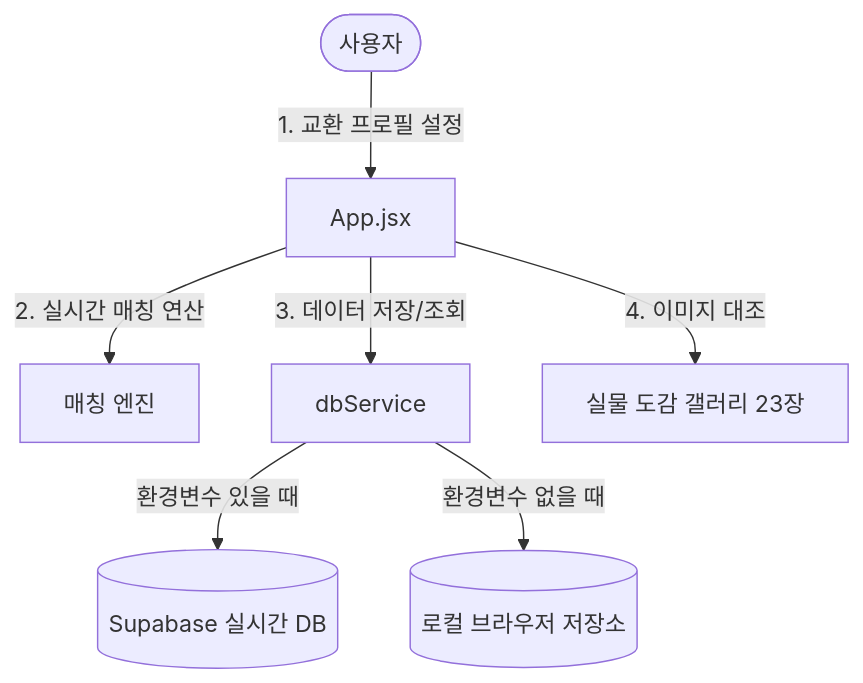
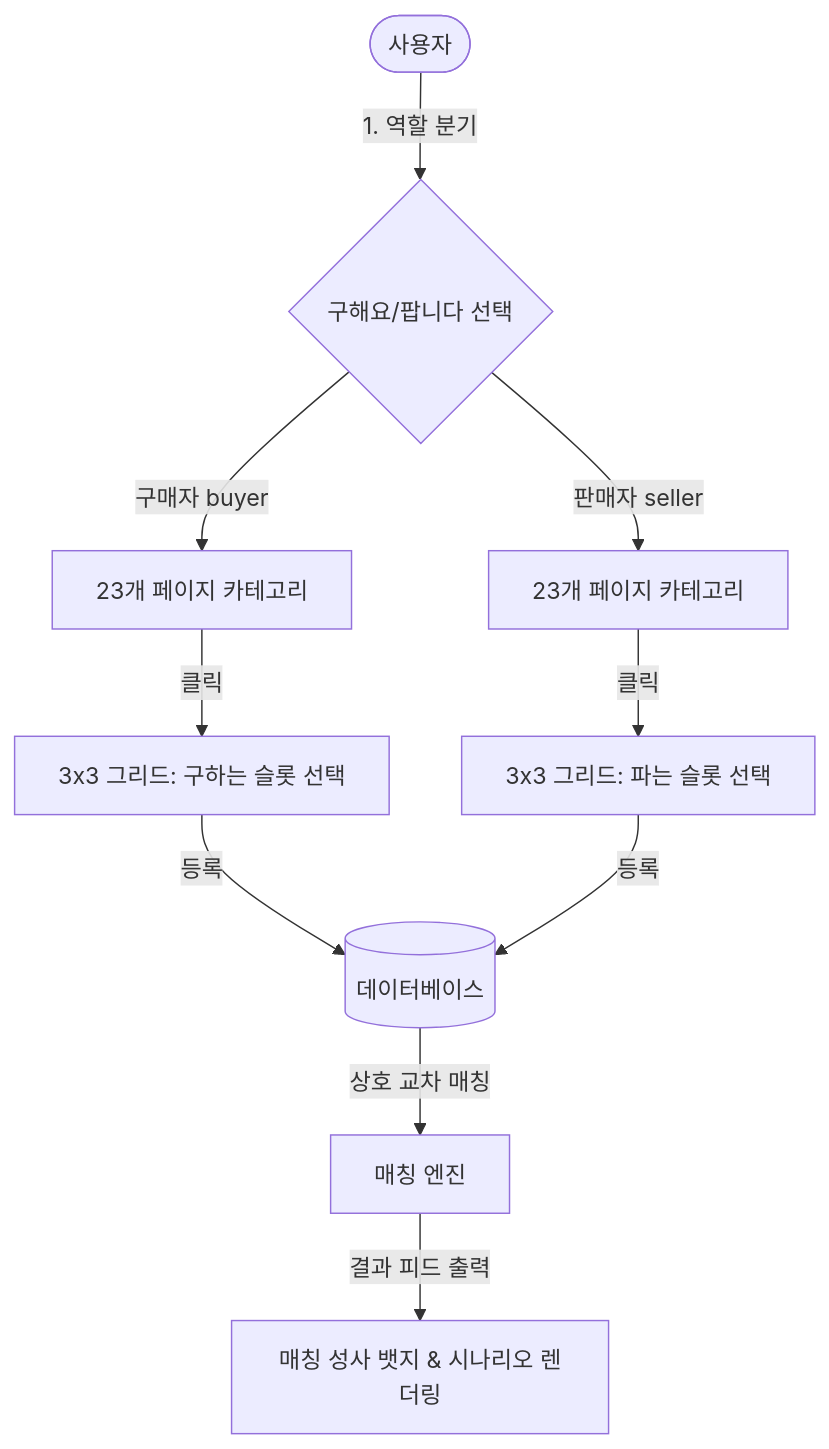
Before and after one commit to wnswlfhvkr-code/dv3-sticker-exchange: the diagram in MASTER_BLUEPRINT.md, drawn with Mermaid. The commit also changed other lines of this file and 3 other files, not shown here.

````diff
--- a/MASTER_BLUEPRINT.md
+++ b/MASTER_BLUEPRINT.md
@@ -9,11 +9,15 @@
 ```mermaid
 graph TD
-    User([사용자]) -->|1. 교환 프로필 설정| App[App.jsx]
-    App -->|2. 실시간 매칭 연산| MatchEngine[매칭 엔진]
-    App -->|3. 데이터 저장/조회| DBService[dbService]
+    User([사용자]) -->|1. 역할 분기| Gateway{구해요/팝니다 선택}
+    Gateway -->|구매자 buyer| PageListB[23개 페이지 카테고리]
+    Gateway -->|판매자 seller| PageListS[23개 페이지 카테고리]
     
-    DBService -->|환경변수 있을 때| Supabase[(Supabase 실시간 DB)]
-    DBService -->|환경변수 없을 때| LocalStorage[(로컬 브라우저 저장소)]
+    PageListB -->|클릭| Grid3x3_B[3x3 그리드: 구하는 슬롯 선택]
+    PageListS -->|클릭| Grid3x3_S[3x3 그리드: 파는 슬롯 선택]
     
-    App -->|4. 이미지 대조| Gallery[실물 도감 갤러리 23장]
+    Grid3x3_B -->|등록| DB[(데이터베이스)]
+    Grid3x3_S -->|등록| DB
+    
+    DB -->|상호 교차 매칭| MatchEngine[매칭 엔진]
+    MatchEngine -->|결과 피드 출력| Feed[매칭 성사 뱃지 & 시나리오 렌더링]
 ```
````
